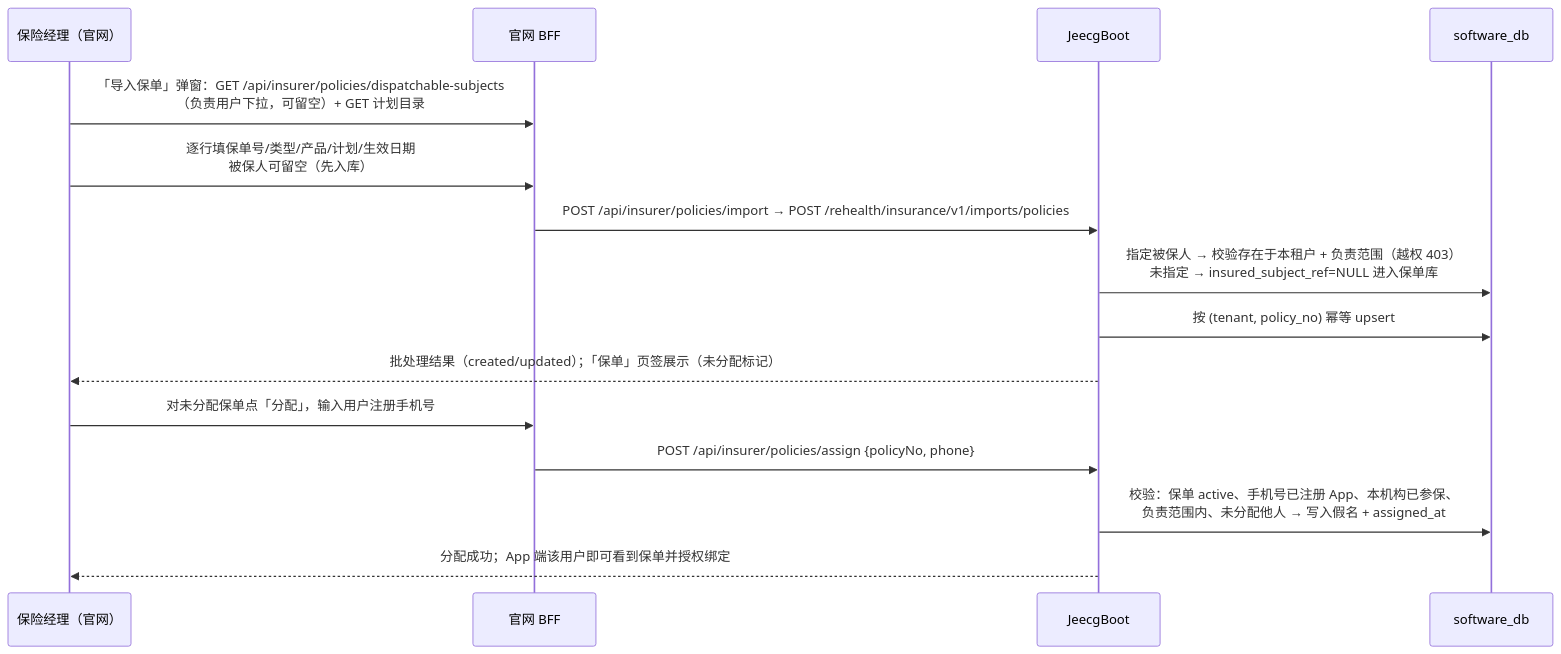
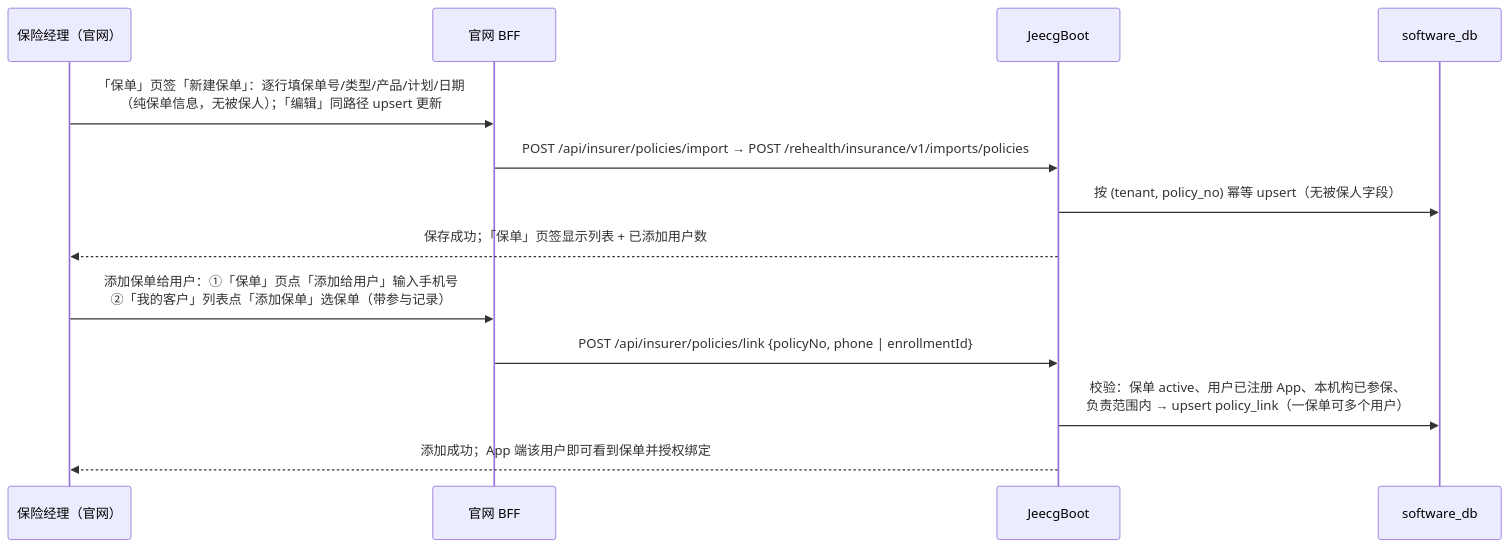
The third of 5 diagrams in docs/保险侧保单数据设计.md (wjmlong/rehealth_tongbu), drawn with Mermaid before and after one commit. The commit also changed other lines of this file and 19 other files, not shown here.

````diff
--- a/docs/保险侧保单数据设计.md
+++ b/docs/保险侧保单数据设计.md
@@ -108,17 +117,15 @@
 ```mermaid
 sequenceDiagram
     participant M as 保险经理（官网）
     participant BFF as 官网 BFF
     participant JEE as JeecgBoot
     participant DB as software_db
-    M->>BFF: 「导入保单」弹窗：GET /api/insurer/policies/dispatchable-subjects<br>（负责用户下拉，可留空）+ GET 计划目录
-    M->>BFF: 逐行填保单号/类型/产品/计划/生效日期<br>被保人可留空（先入库）
+    M->>BFF: 「保单」页签「新建保单」：逐行填保单号/类型/产品/计划/日期<br>（纯保单信息，无被保人）；「编辑」同路径 upsert 更新
     BFF->>JEE: POST /api/insurer/policies/import → POST /rehealth/insurance/v1/imports/policies
-    JEE->>DB: 指定被保人 → 校验存在于本租户 + 负责范围（越权 403）<br>未指定 → insured_subject_ref=NULL 进入保单库
-    JEE->>DB: 按 (tenant, policy_no) 幂等 upsert
-    JEE-->>M: 批处理结果（created/updated）；「保单」页签展示（未分配标记）
-    M->>BFF: 对未分配保单点「分配」，输入用户注册手机号
-    BFF->>JEE: POST /api/insurer/policies/assign {policyNo, phone}
-    JEE->>DB: 校验：保单 active、手机号已注册 App、本机构已参保、<br>负责范围内、未分配他人 → 写入假名 + assigned_at
-    JEE-->>M: 分配成功；App 端该用户即可看到保单并授权绑定
+    JEE->>DB: 按 (tenant, policy_no) 幂等 upsert（无被保人字段）
+    JEE-->>M: 保存成功；「保单」页签显示列表 + 已添加用户数
+    M->>BFF: 添加保单给用户：①「保单」页点「添加给用户」输入手机号<br>②「我的客户」列表点「添加保单」选保单（带参与记录）
+    BFF->>JEE: POST /api/insurer/policies/link {policyNo, phone | enrollmentId}
+    JEE->>DB: 校验：保单 active、用户已注册 App、本机构已参保、<br>负责范围内 → upsert policy_link（一保单可多个用户）
+    JEE-->>M: 添加成功；App 端该用户即可看到保单并授权绑定
 ```
````
